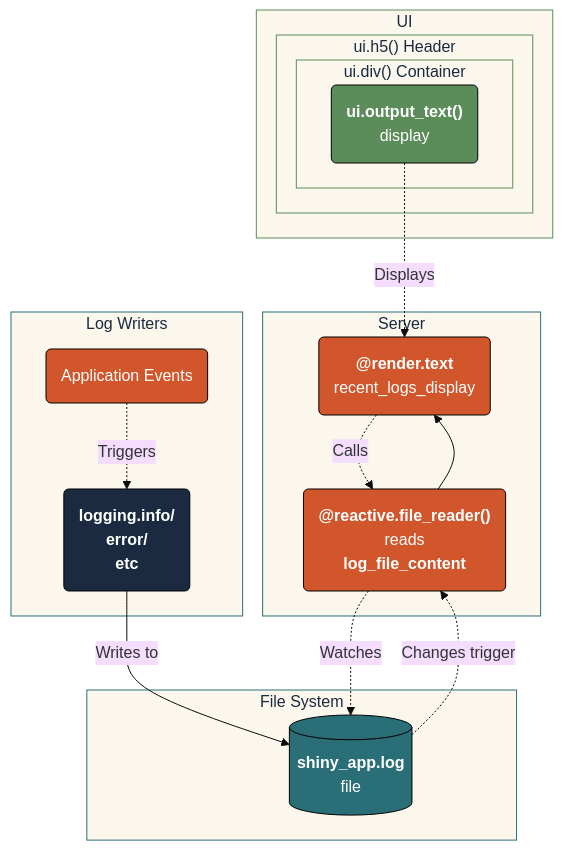
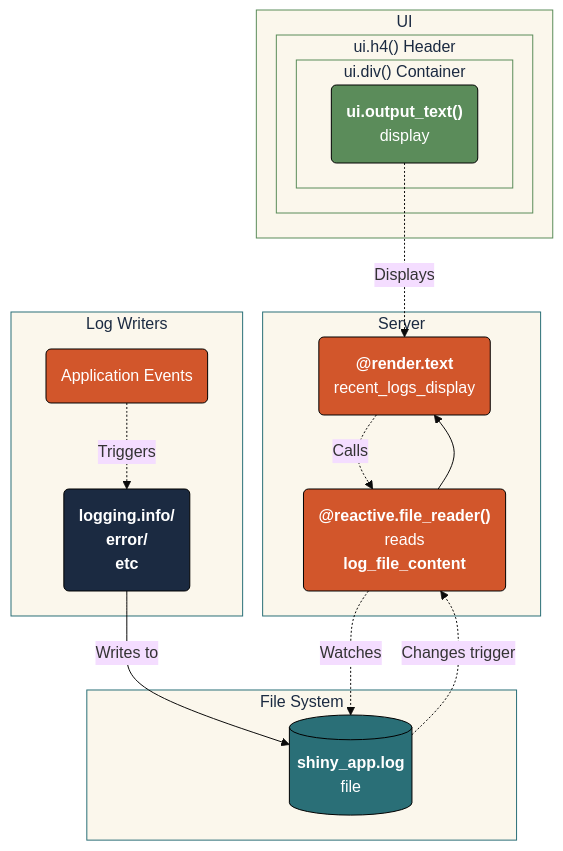
Before and after one commit to mjfrigaard/do4ds-labs: diagram 11 of 15 in app-log-py.qmd, drawn with Mermaid. The commit also changed other lines of this file and 6 other files, not shown here.

Commit message:
Review lab04, app-log-py, app-log-r: fact fixes, real log output, diagram text, README API path

````diff
--- a/app-log-py.qmd
+++ b/app-log-py.qmd
@@ -1394,47 +1384,47 @@
 ```{mermaid}
 %%| fig-cap: 'Log file monitoring architecture'
 %%| fig-align: 'center'
 %%{init: {'theme': 'base', 'look': 'classic', 'themeVariables': {'fontFamily': 'monospace'}}}%%
 
 graph TB
     subgraph UI["UI"]
-        subgraph H5["ui.h5() Header"]
+        subgraph H5["ui.h4() Header"]
             subgraph DIV["ui.div() Container"]
                 C("<strong>ui.output_text()</strong><br>display")
             end
         end
     end
 
     subgraph SERVER["Server"]
         D("<strong>@reactive.file_reader()</strong><br>reads<br><strong>log_file_content</strong>") --> E("<strong>@render.text</strong><br>recent_logs_display")
     end
 
     subgraph FS["File System"]
         F[("<strong>shiny_app.log</strong><br>file")]
     end
 
     subgraph WRITE["Log Writers"]
         G("Application Events") -.Triggers.-> H("<strong>logging.info/<br>error/<br>etc</strong>")
         H --"Writes to"--> F
     end
 
     C -.Displays.-> E
     E -.Calls.-> D
     D -.Watches.-> F
     F -.Changes trigger.-> D
     
     style C fill:#5B8C5A,stroke:#000000,stroke-width:1px,color:#ffffff
     style D fill:#D2562B,stroke:#000000,stroke-width:1px,color:#ffffff
     style E fill:#D2562B,stroke:#000000,stroke-width:1px,color:#ffffff
     style F fill:#2A6F77,stroke:#000000,stroke-width:1px,color:#ffffff
     style G fill:#D2562B,stroke:#000000,stroke-width:1px,color:#ffffff
     style H fill:#1B2A41,stroke:#000000,stroke-width:1px,color:#ffffff
     style UI fill:#fbf7ec,stroke:#5B8C5A,color:#1B2A41
     style H5 fill:#fbf7ec,stroke:#5B8C5A,color:#1B2A41
     style DIV fill:#fbf7ec,stroke:#5B8C5A,color:#1B2A41
     style SERVER fill:#fbf7ec,stroke:#2A6F77,color:#1B2A41
     style FS fill:#fbf7ec,stroke:#2A6F77,color:#1B2A41
     style WRITE fill:#fbf7ec,stroke:#2A6F77,color:#1B2A41
     
     
 ```
````
